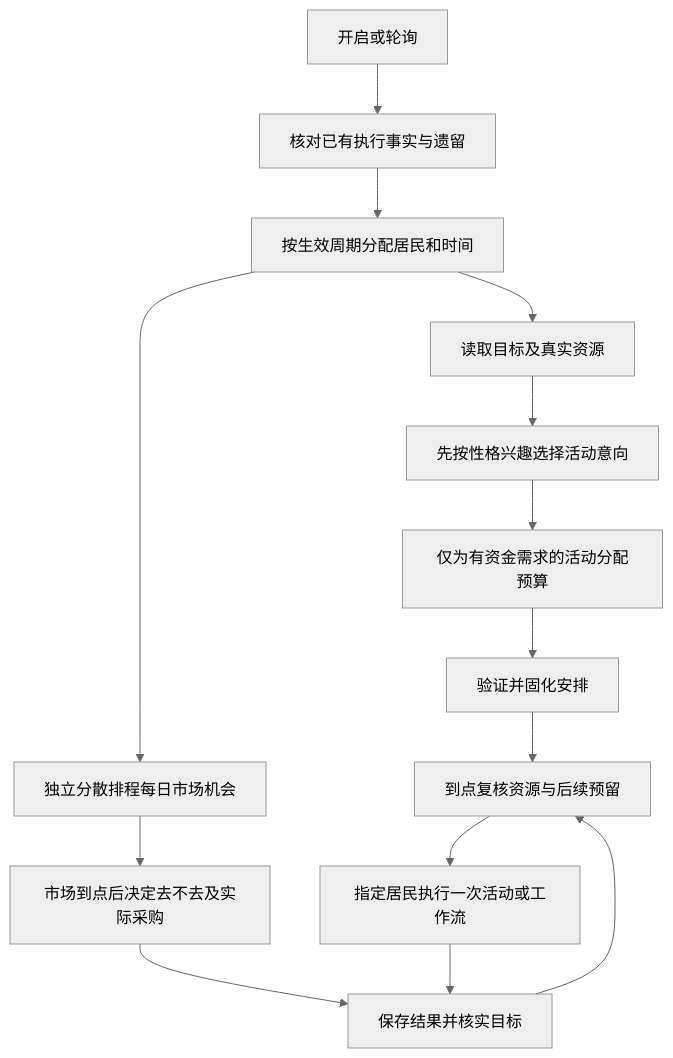
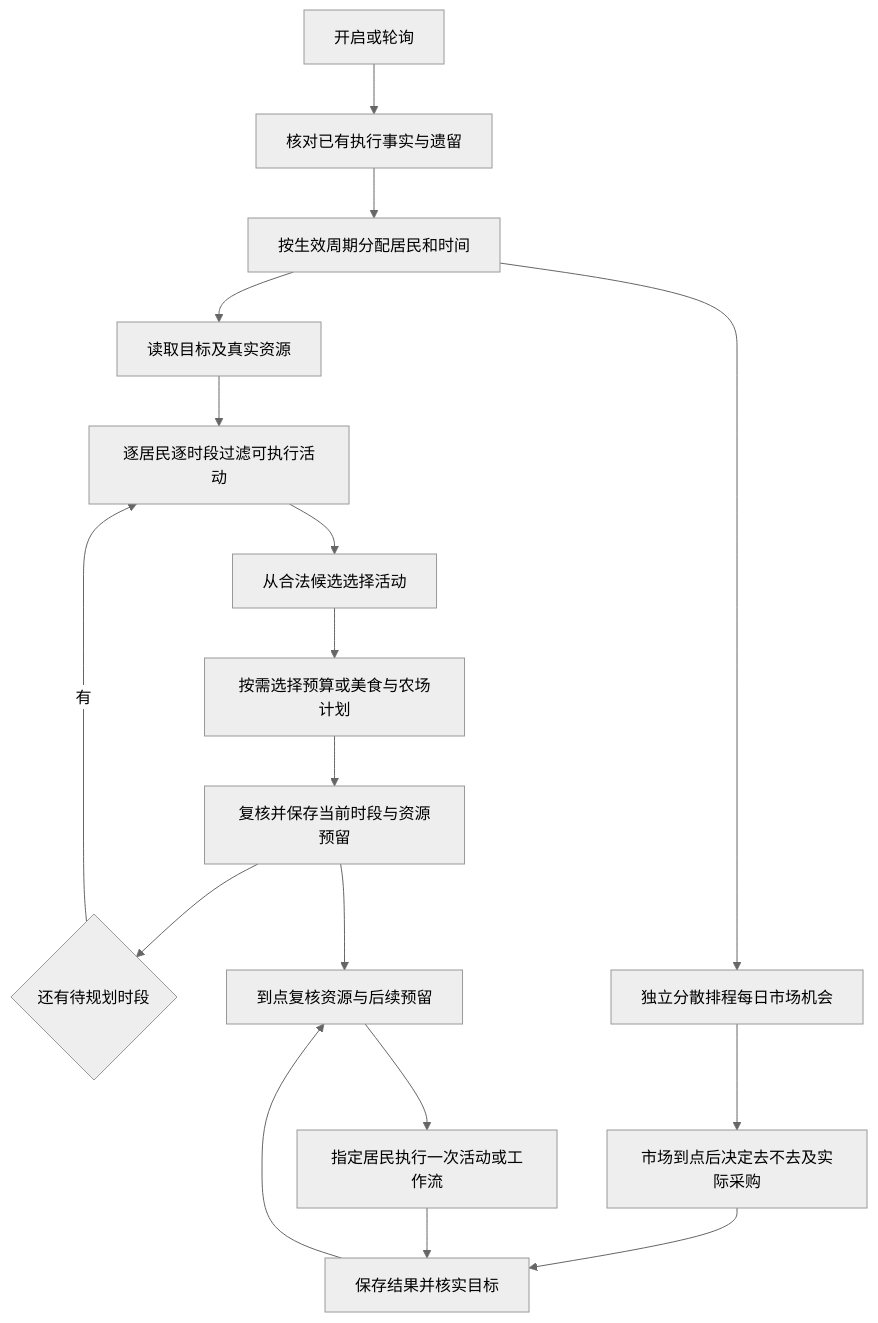
The first of 5 diagrams in docs/agents/Agent世界统一生活执行说明.md (TangerineSpecter/O-Doc), drawn with Mermaid (neutral theme) before and after one commit. The commit also changed other lines of this file and 34 other files, not shown here.

````diff
--- a/docs/agents/Agent世界统一生活执行说明.md
+++ b/docs/agents/Agent世界统一生活执行说明.md
@@ -11,16 +11,19 @@
 ```mermaid
 flowchart TD
     A[开启或轮询] --> B[核对已有执行事实与遗留]
     B --> C[按生效周期分配居民和时间]
     C --> D[读取目标及真实资源]
-    D --> S[先按性格兴趣选择活动意向]
-    S --> B1[仅为有资金需求的活动分配预算]
-    B1 --> F[验证并固化安排]
+    D --> S[逐居民逐时段过滤可执行活动]
+    S --> A1[从合法候选选择活动]
+    A1 --> B1[按需选择预算或美食与农场计划]
+    B1 --> F[复核并保存当前时段与资源预留]
+    F --> N{还有待规划时段}
+    N -->|有| S
     C --> E[独立分散排程每日市场机会]
     E --> M[市场到点后决定去不去及实际采购]
     M --> I
     F --> G[到点复核资源与后续预留]
     G --> H[指定居民执行一次活动或工作流]
     H --> I[保存结果并核实目标]
     I --> G
 ```
````
